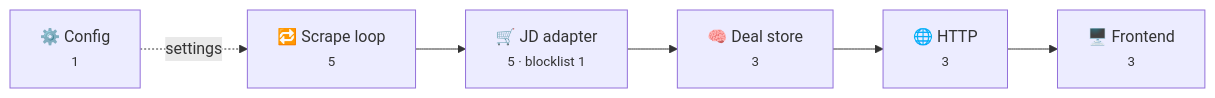
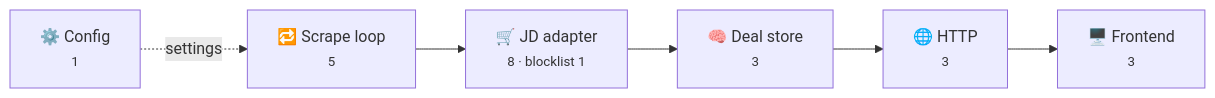
One commit to JahanU/bargain-web-scraper changed the diagram in backend/CODE_REVIEW_FIXES.md. Above: the diagram before and after it, drawn with Mermaid. The commit also changed other lines of this file and 3 other files, not shown here.

````diff
--- a/backend/CODE_REVIEW_FIXES.md
+++ b/backend/CODE_REVIEW_FIXES.md
@@ -9,6 +9,6 @@
 ```mermaid
 flowchart LR
     config["⚙️ Config<br/><small>1</small>"] -. settings .-> loop
-    loop["🔁 Scrape loop<br/><small>5</small>"] --> jd["🛒 JD adapter<br/><small>5 · blocklist 1</small>"]
+    loop["🔁 Scrape loop<br/><small>5</small>"] --> jd["🛒 JD adapter<br/><small>8 · blocklist 1</small>"]
     jd --> store["🧠 Deal store<br/><small>3</small>"] --> http["🌐 HTTP<br/><small>3</small>"] --> fe["🖥️ Frontend<br/><small>3</small>"]
 ```
````
